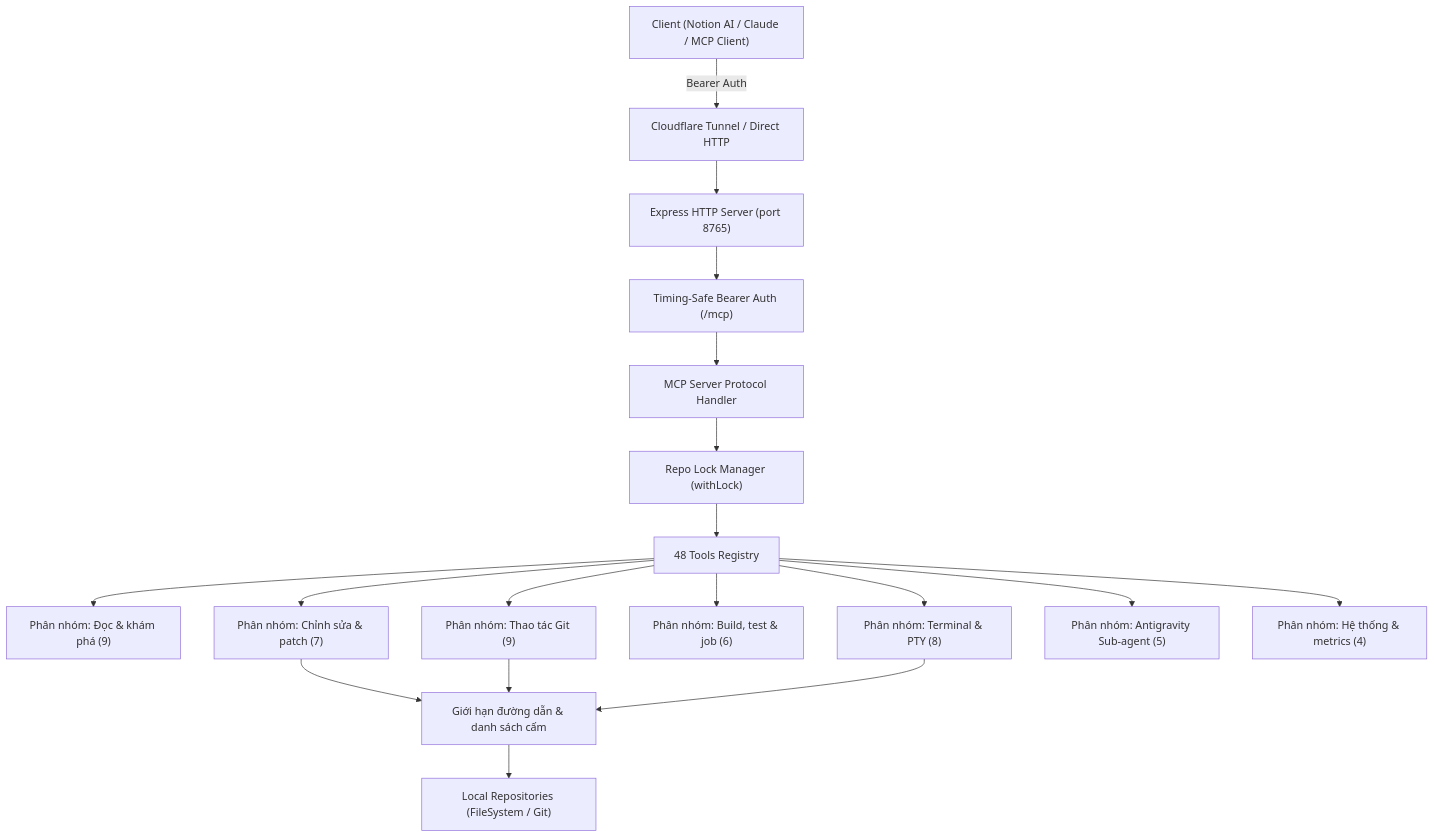
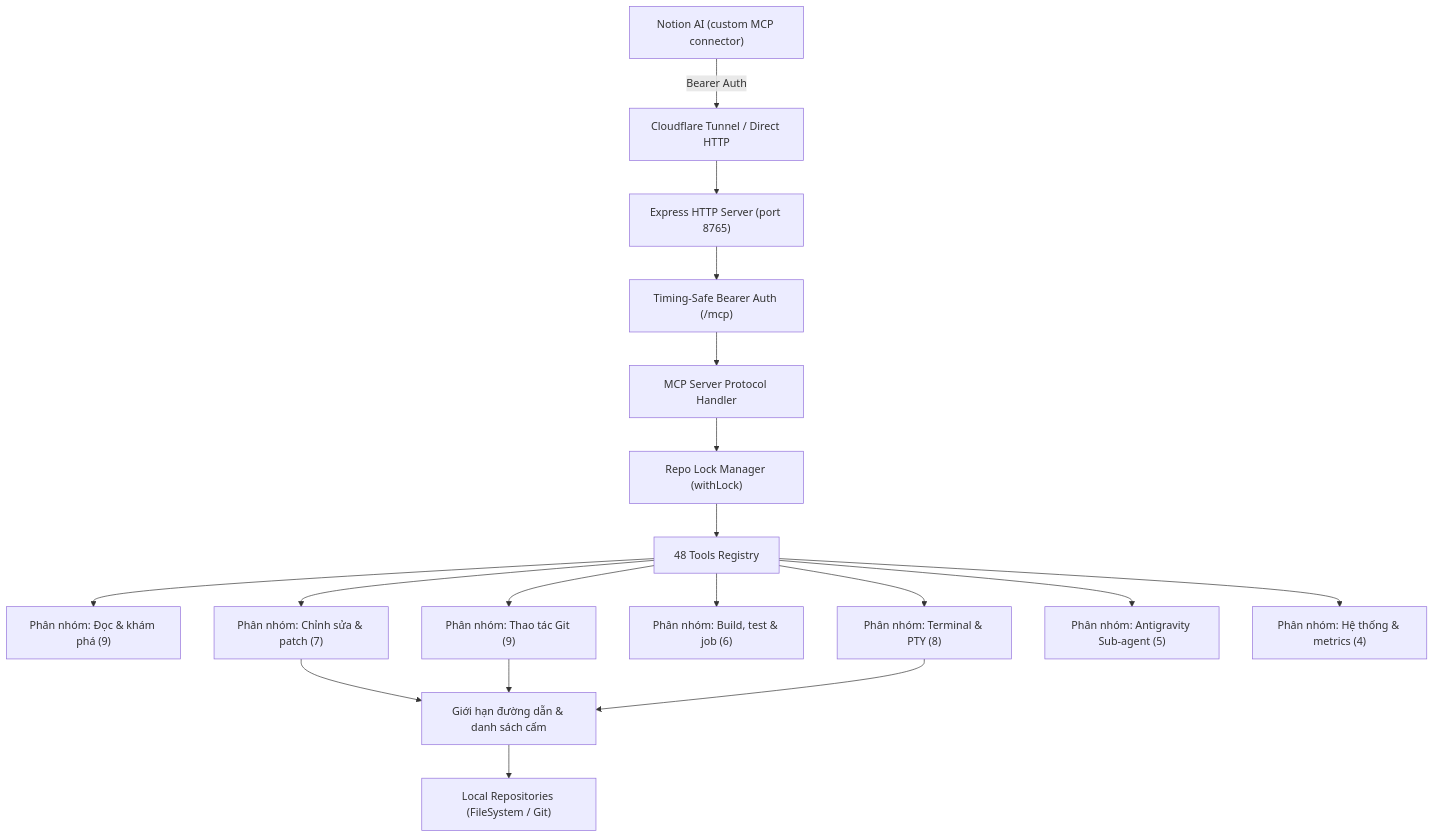
The diagram in README.md (wavycastic/MCP-LOCAL-NOTION-AI), drawn with Mermaid before and after one commit. The commit also changed other lines of this file, not shown here.

First line of the commit message:
docs(readme): clarify Notion AI custom MCP scope

````diff
--- a/README.md
+++ b/README.md
@@ -13,42 +16,42 @@
 ```mermaid
 flowchart TD
-    Client["Client (Notion AI / Claude / MCP Client)"]
+    Client["Notion AI (custom MCP connector)"]
     Tunnel["Cloudflare Tunnel / Direct HTTP"]
     Express["Express HTTP Server (port 8765)"]
     Auth["Timing-Safe Bearer Auth (/mcp)"]
     MCP["MCP Server Protocol Handler"]
     
     SubGraphLocks["Repo Lock Manager (withLock)"]
     
     SubGraphTools["48 Tools Registry"]
     DiscoveryTools["Phân nhóm: Đọc & khám phá (9)"]
     EditTools["Phân nhóm: Chỉnh sửa & patch (7)"]
     GitTools["Phân nhóm: Thao tác Git (9)"]
     BuildTools["Phân nhóm: Build, test & job (6)"]
     TermTools["Phân nhóm: Terminal & PTY (8)"]
     SubAgentTools["Phân nhóm: Antigravity Sub-agent (5)"]
     SysTools["Phân nhóm: Hệ thống & metrics (4)"]
 
     Security["Giới hạn đường dẫn & danh sách cấm"]
     LocalRepos["Local Repositories (FileSystem / Git)"]
 
     Client -->|Bearer Auth| Tunnel
     Tunnel --> Express
     Express --> Auth
     Auth --> MCP
     MCP --> SubGraphLocks
     SubGraphLocks --> SubGraphTools
     
     SubGraphTools --> DiscoveryTools
     SubGraphTools --> EditTools
     SubGraphTools --> GitTools
     SubGraphTools --> BuildTools
     SubGraphTools --> TermTools
     SubGraphTools --> SubAgentTools
     SubGraphTools --> SysTools
 
     EditTools --> Security
     GitTools --> Security
     TermTools --> Security
     Security --> LocalRepos
 ```
````
